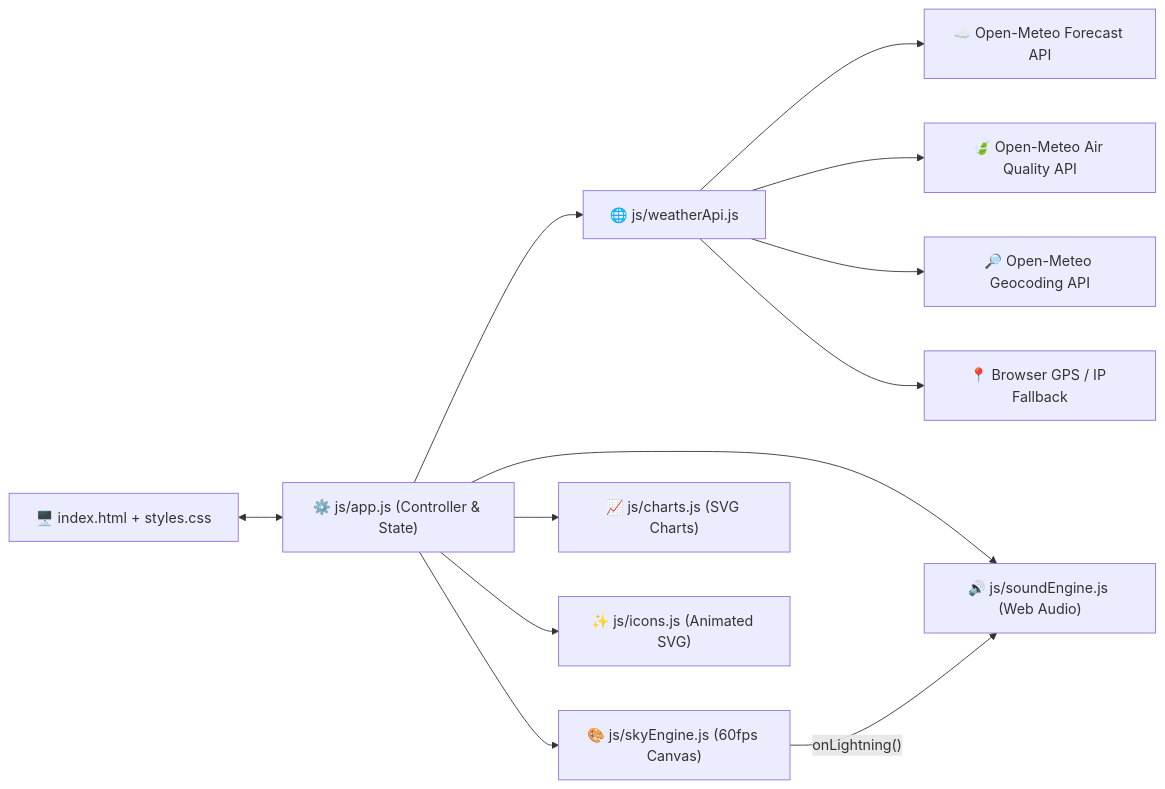
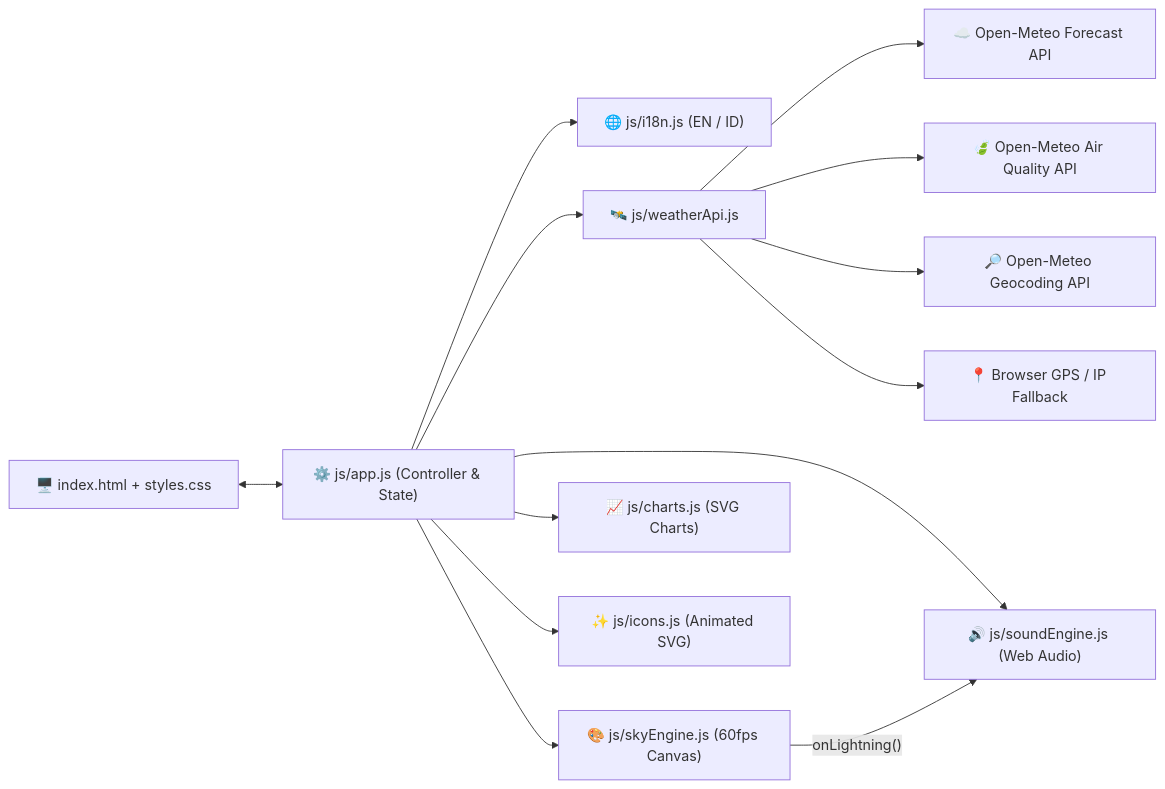
Before and after one commit to Freddy47588/atmos-live: the diagram in docs/ARCHITECTURE.md, drawn with Mermaid. The commit also changed other lines of this file and 6 other files, not shown here.

````diff
--- a/docs/ARCHITECTURE.md
+++ b/docs/ARCHITECTURE.md
@@ -9,16 +9,17 @@
 ```mermaid
 flowchart LR
     UI["🖥️ index.html + styles.css"] <--> APP["⚙️ js/app.js (Controller & State)"]
-    APP --> API["🌐 js/weatherApi.js"]
+    APP --> I18N["🌐 js/i18n.js (EN / ID)"]
+    APP --> API["🛰️ js/weatherApi.js"]
     APP --> SKY["🎨 js/skyEngine.js (60fps Canvas)"]
     APP --> CHARTS["📈 js/charts.js (SVG Charts)"]
     APP --> ICONS["✨ js/icons.js (Animated SVG)"]
     APP --> AUDIO["🔊 js/soundEngine.js (Web Audio)"]
 
     API --> OM1["☁️ Open-Meteo Forecast API"]
     API --> OM2["🍃 Open-Meteo Air Quality API"]
     API --> OM3["🔎 Open-Meteo Geocoding API"]
     API --> GEO["📍 Browser GPS / IP Fallback"]
 
     SKY -- "onLightning()" --> AUDIO
 ```
````
